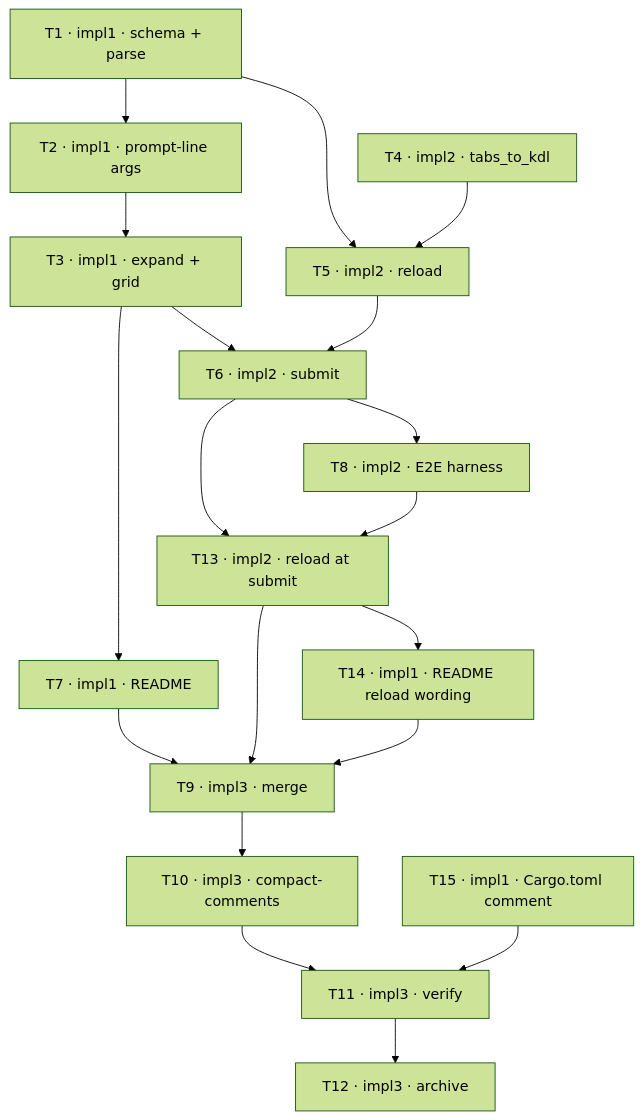
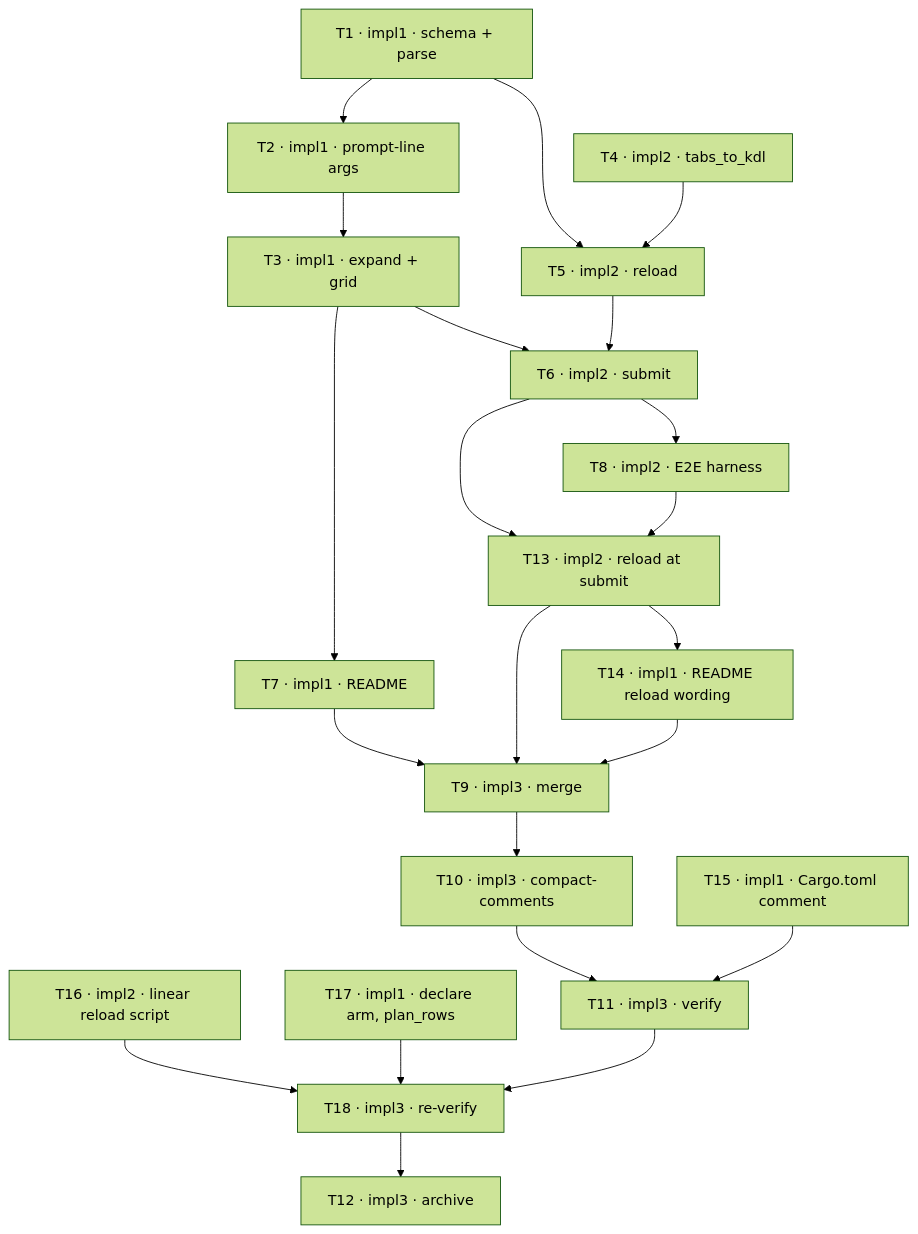
The diagram in CLAUDE_TODO-layout-generator.md (treekmk/zellaude), drawn with Mermaid (forest theme) before and after one commit. The commit also changed other lines of this file and 1 other file, not shown here.

First line of the commit message:
[revise] Route the full-diff review: linear reload script (T16), tidy items (T17), re-verify (T18)

````diff
--- a/CLAUDE_TODO-layout-generator.md
+++ b/CLAUDE_TODO-layout-generator.md
@@ -43,22 +46,25 @@
 ```mermaid
 graph TD
   T1[T1 · impl1 · schema + parse] --> T2[T2 · impl1 · prompt-line args]
   T2 --> T3[T3 · impl1 · expand + grid]
   T4[T4 · impl2 · tabs_to_kdl]
   T1 --> T5[T5 · impl2 · reload]
   T4 --> T5
   T3 --> T6[T6 · impl2 · submit]
   T5 --> T6
   T3 --> T7[T7 · impl1 · README]
   T6 --> T8[T8 · impl2 · E2E harness]
   T6 --> T13[T13 · impl2 · reload at submit]
   T8 --> T13
   T13 --> T14[T14 · impl1 · README reload wording]
   T7 --> T9[T9 · impl3 · merge]
   T13 --> T9
   T14 --> T9
   T9 --> T10[T10 · impl3 · compact-comments]
   T10 --> T11[T11 · impl3 · verify]
   T15[T15 · impl1 · Cargo.toml comment] --> T11
-  T11 --> T12[T12 · impl3 · archive]
+  T16[T16 · impl2 · linear reload script] --> T18[T18 · impl3 · re-verify]
+  T17[T17 · impl1 · declare arm, plan_rows] --> T18
+  T11 --> T18
+  T18 --> T12[T12 · impl3 · archive]
 ```
````
